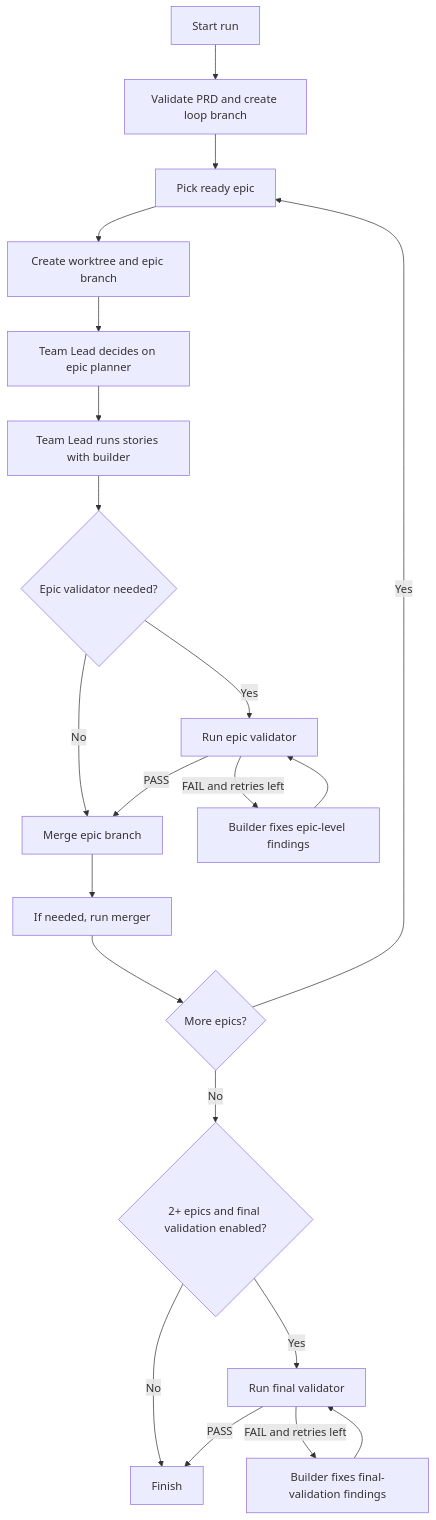
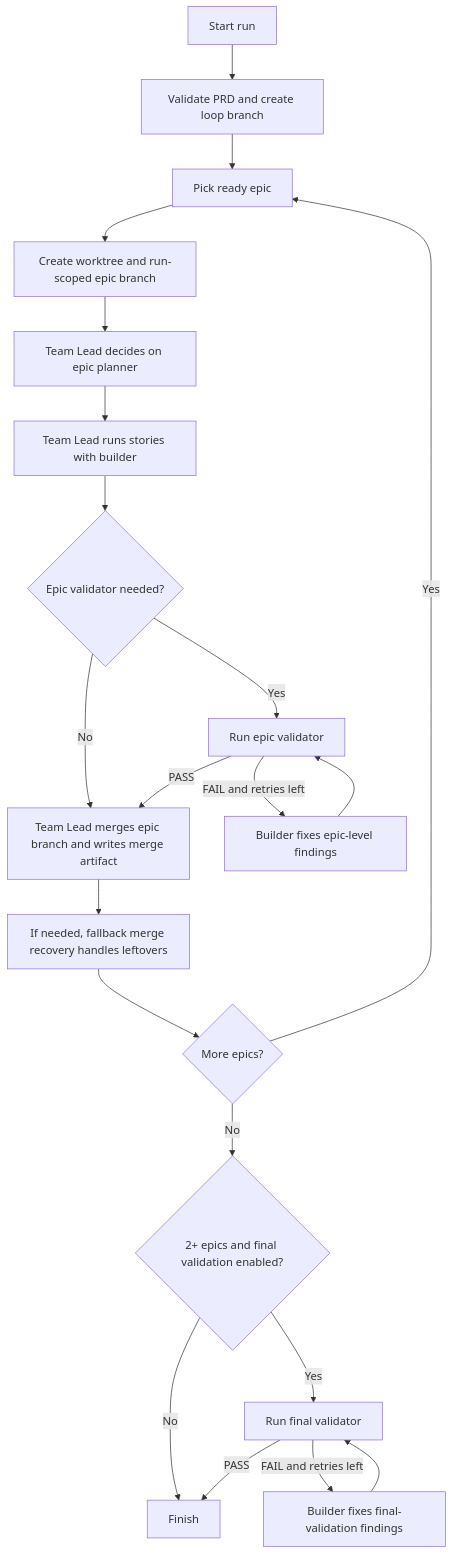
The diagram in README.md (tuansondinh/ralph-teams), drawn with Mermaid before and after one commit. The commit also changed other lines of this file and 1 other file, not shown here.

Commit message:
Update README and architecture docs

````diff
--- a/README.md
+++ b/README.md
@@ -44,23 +45,23 @@
 ```mermaid
 flowchart TD
     A[Start run] --> B[Validate PRD and create loop branch]
     B --> C[Pick ready epic]
-    C --> D[Create worktree and epic branch]
+    C --> D[Create worktree and run-scoped epic branch]
     D --> E[Team Lead decides on epic planner]
     E --> F[Team Lead runs stories with builder]
     F --> G{Epic validator needed?}
-    G -->|No| J[Merge epic branch]
+    G -->|No| J[Team Lead merges epic branch and writes merge artifact]
     G -->|Yes| H[Run epic validator]
     H -->|PASS| J
     H -->|FAIL and retries left| I[Builder fixes epic-level findings]
     I --> H
-    J --> K[If needed, run merger]
+    J --> K[If needed, fallback merge recovery handles leftovers]
     K --> L{More epics?}
     L -->|Yes| C
     L -->|No| M{2+ epics and final validation enabled?}
     M -->|No| P[Finish]
     M -->|Yes| N[Run final validator]
     N -->|PASS| P
     N -->|FAIL and retries left| O[Builder fixes final-validation findings]
     O --> N
 ```
````
